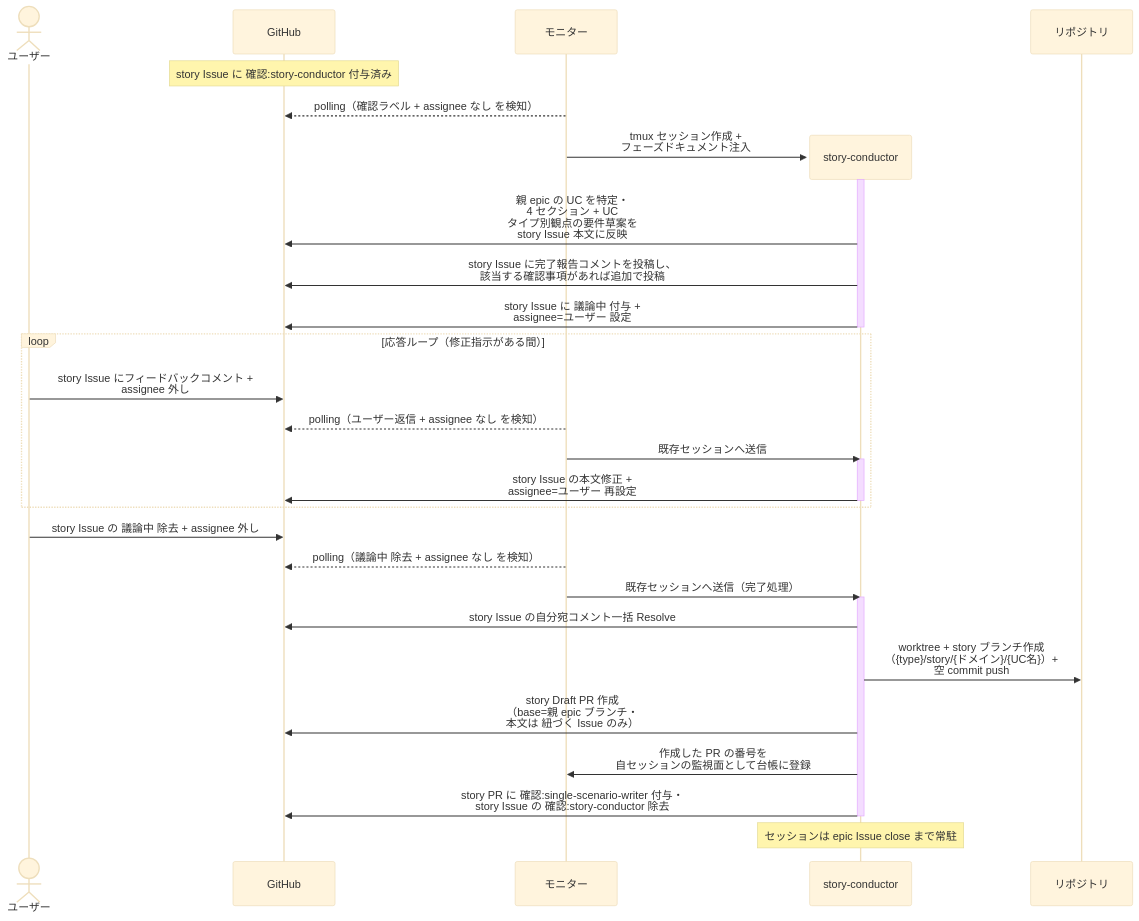
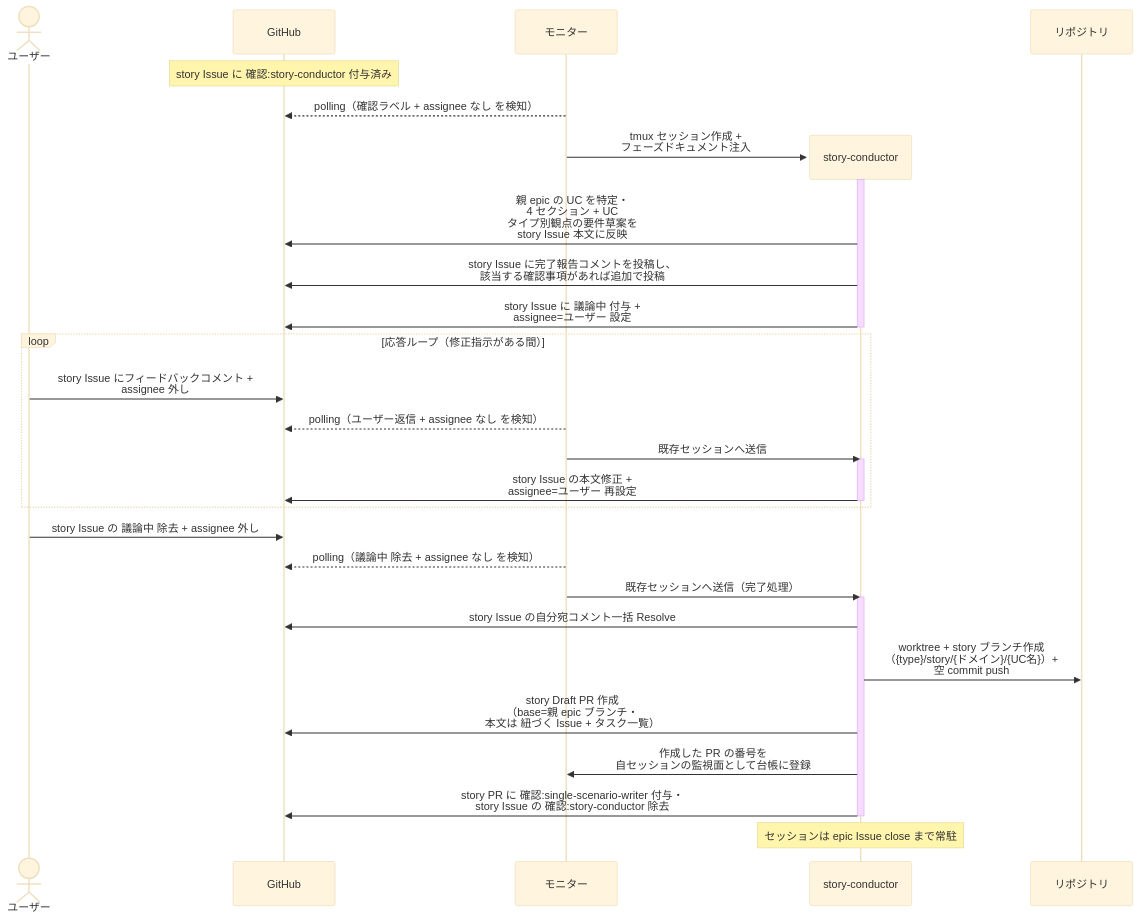
One commit to shuhei1101/ai-monitor changed the first of 3 diagrams in docs/wiki/設計図/シナリオ/単一ユースケース/story要件確定.md. Above: the diagram before and after it, drawn with Mermaid (base theme). The commit also changed other lines of this file and 77 other files, not shown here.

````diff
--- a/docs/wiki/設計図/シナリオ/単一ユースケース/story要件確定.md
+++ b/docs/wiki/設計図/シナリオ/単一ユースケース/story要件確定.md
@@ -26,38 +26,38 @@
 ```mermaid
 sequenceDiagram
   actor U as ユーザー
   participant GH as GitHub
   participant ORC as モニター
 
   Note over GH: story Issue に 確認:story-conductor 付与済み
   ORC-->>GH: polling（確認ラベル + assignee なし を検知）
   create participant MON as story-conductor
   ORC->>MON: tmux セッション作成 +<br>フェーズドキュメント注入
   participant REPO as リポジトリ
   activate MON
   MON->>GH: 親 epic の UC を特定・<br>4 セクション + UC<br>タイプ別観点の要件草案を<br>story Issue 本文に反映
   MON->>GH: story Issue に完了報告コメントを投稿し、<br>該当する確認事項があれば追加で投稿
   MON->>GH: story Issue に 議論中 付与 +<br>assignee=ユーザー 設定
   deactivate MON
 
   loop 応答ループ（修正指示がある間）
     U->>GH: story Issue にフィードバックコメント +<br>assignee 外し
     ORC-->>GH: polling（ユーザー返信 + assignee なし を検知）
     ORC->>MON: 既存セッションへ送信
     activate MON
     MON->>GH: story Issue の本文修正 +<br>assignee=ユーザー 再設定
     deactivate MON
   end
 
   U->>GH: story Issue の 議論中 除去 + assignee 外し
   ORC-->>GH: polling（議論中 除去 + assignee なし を検知）
   ORC->>MON: 既存セッションへ送信（完了処理）
   activate MON
   MON->>GH: story Issue の自分宛コメント一括 Resolve
   MON->>REPO: worktree + story ブランチ作成<br>（{type}/story/{ドメイン}/{UC名}）+<br>空 commit push
-  MON->>GH: story Draft PR 作成<br>（base=親 epic ブランチ・<br>本文は 紐づく Issue のみ）
+  MON->>GH: story Draft PR 作成<br>（base=親 epic ブランチ・<br>本文は 紐づく Issue + タスク一覧）
   MON->>ORC: 作成した PR の番号を<br>自セッションの監視面として台帳に登録
   MON->>GH: story PR に 確認:single-scenario-writer 付与・<br>story Issue の 確認:story-conductor 除去
   deactivate MON
   Note over MON: セッションは epic Issue close まで常駐
 ```
````
